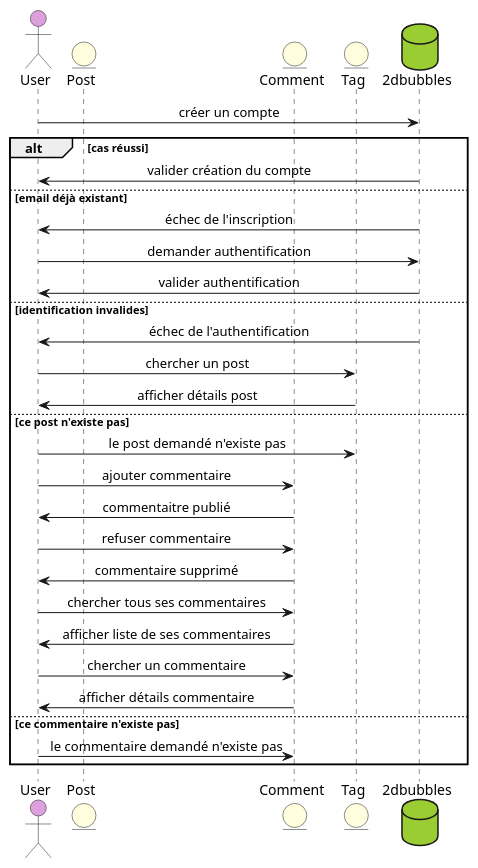
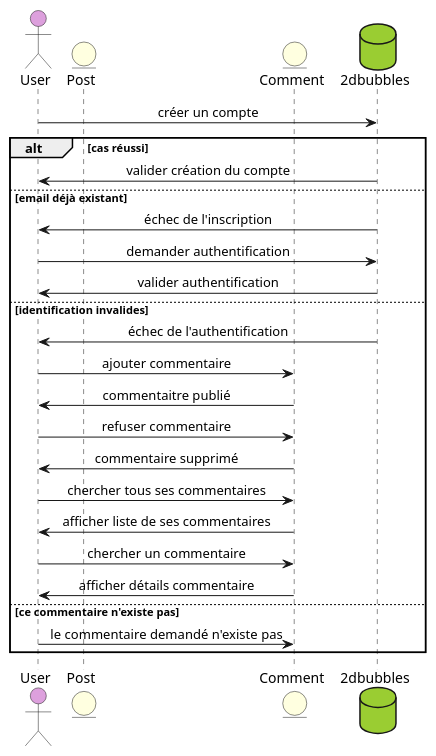
One commit to laurasullyalexandrine/the2dbubbles changed the diagram in diagrammes-uml/Sequence/UserSequence.puml. Above: the diagram before and after it, drawn with PlantUML. The commit also changed 32 other files, not shown here.

Commit message:
delete all about Tag and complete the processus to create comments and display the comments associated to a Post

```diff
--- a/diagrammes-uml/Sequence/UserSequence.puml
+++ b/diagrammes-uml/Sequence/UserSequence.puml
@@ -1,45 +1,39 @@
 @startuml UserSequence
 
 skinparam responseMessageBelowArrow true
 skinparam SequenceMessageAlignment center
 
 actor User as User #Plum
 
 entity Post as Post #LightYellow
 entity Comment as Comment #LightYellow
-entity Tag as Tag #LightYellow
 
 database 2dbubbles as 2dbubbles #YellowGreen
 
 User -> 2dbubbles: créer un compte
 alt cas réussi
 2dbubbles -> User: valider création du compte
 else email déjà existant 
 2dbubbles -> User: échec de l'inscription
 
 User -> 2dbubbles: demander authentification 
 2dbubbles -> User: valider authentification 
 else identification invalides
 2dbubbles -> User: échec de l'authentification
 
-' Avoir si ok
-User -> Tag: chercher un post
-Tag -> User: afficher détails post
-else ce post n'existe pas
-User -> Tag: le post demandé n'existe pas
 
 User -> Comment: ajouter commentaire
 Comment -> User: commentaitre publié
 User -> Comment: refuser commentaire
 Comment -> User: commentaire supprimé
 
 User -> Comment: chercher tous ses commentaires
 Comment -> User: afficher liste de ses commentaires
 
 User -> Comment: chercher un commentaire
 Comment -> User: afficher détails commentaire
 else ce commentaire n'existe pas
 User -> Comment: le commentaire demandé n'existe pas
 
 end
 @enduml
```
